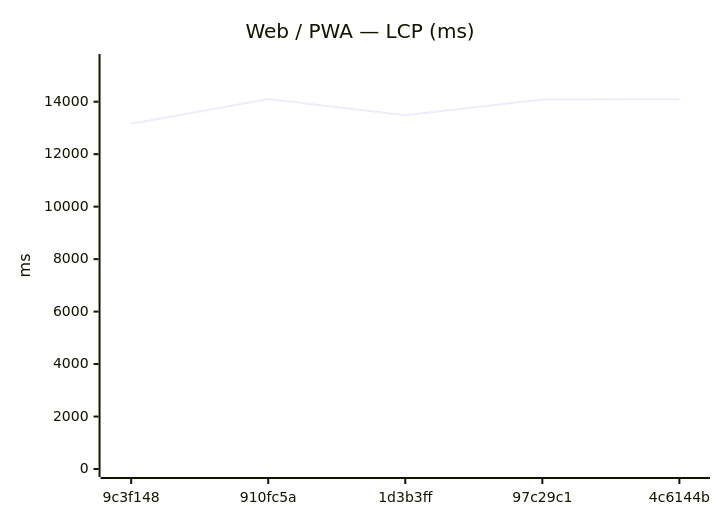
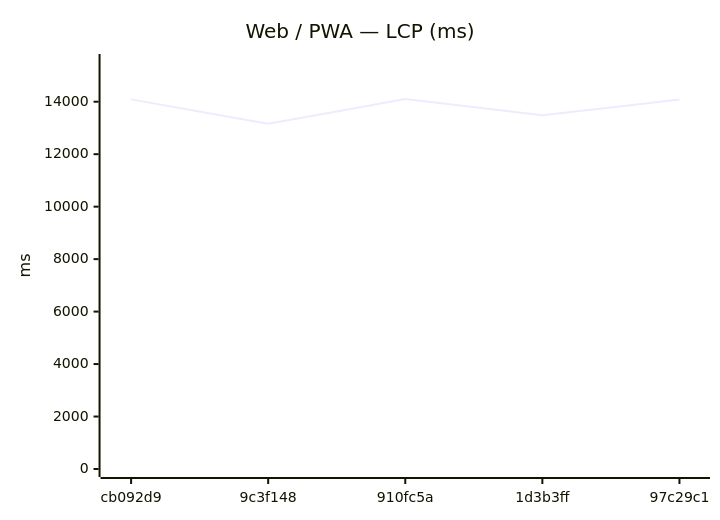
Before and after one commit to Metaheurist/Rianell: the seventh of 18 diagrams in benchmarks/compare.md, drawn with Mermaid. The commit also changed other lines of this file and 11 other files, not shown here.

````diff
--- a/benchmarks/compare.md
+++ b/benchmarks/compare.md
@@ -117,7 +117,7 @@
 ```mermaid
 xychart-beta
     title "Web / PWA — LCP (ms)"
-    x-axis ["9c3f148", "910fc5a", "1d3b3ff", "97c29c1", "4c6144b"]
+    x-axis ["cb092d9", "9c3f148", "910fc5a", "1d3b3ff", "97c29c1"]
     y-axis "ms" 0 --> 15514
-    line [13157, 14103, 13484, 14084, 14094]
+    line [14089, 13157, 14103, 13484, 14084]
 ```
````
